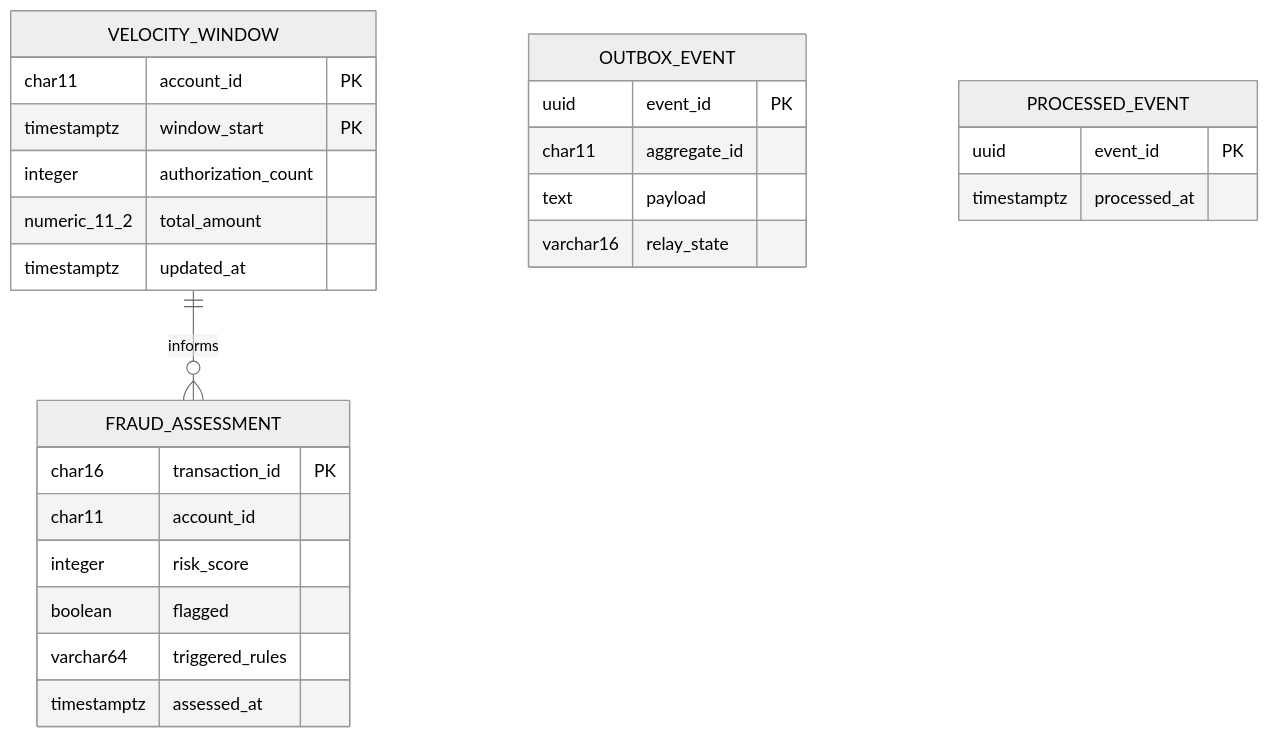
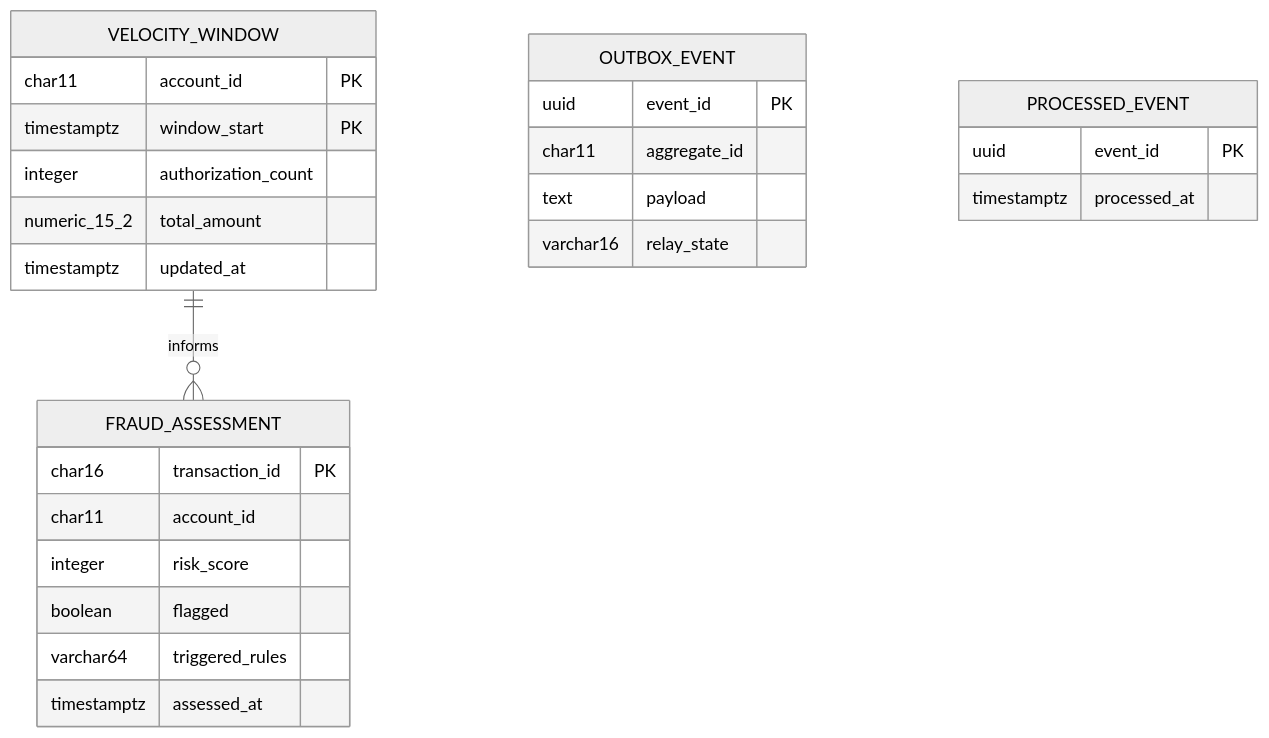
One commit to blitzy-public-samples/aws-carddemo-blitzy changed the third of 6 diagrams in card-platform/docs/data-model.md. Above: the diagram before and after it, drawn with Mermaid (neutral theme). The commit also changed other lines of this file and 17 other files, not shown here.

````diff
--- a/card-platform/docs/data-model.md
+++ b/card-platform/docs/data-model.md
@@ -239,30 +239,30 @@
 ```mermaid
 erDiagram
     FRAUD_ASSESSMENT {
         char16 transaction_id PK
         char11 account_id
         integer risk_score
         boolean flagged
         varchar64 triggered_rules
         timestamptz assessed_at
     }
     VELOCITY_WINDOW {
         char11 account_id PK
         timestamptz window_start PK
         integer authorization_count
-        numeric_11_2 total_amount
+        numeric_15_2 total_amount
         timestamptz updated_at
     }
     OUTBOX_EVENT {
         uuid event_id PK
         char11 aggregate_id
         text payload
         varchar16 relay_state
     }
     PROCESSED_EVENT {
         uuid event_id PK
         timestamptz processed_at
     }
 
     VELOCITY_WINDOW ||--o{ FRAUD_ASSESSMENT : informs
 ```
````
